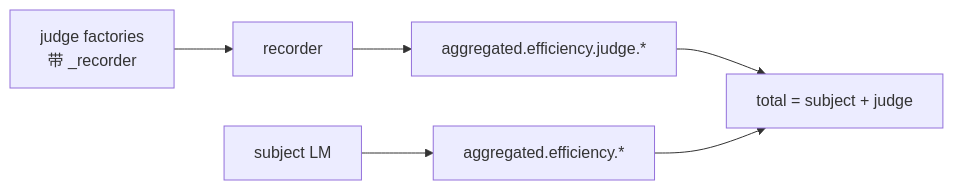
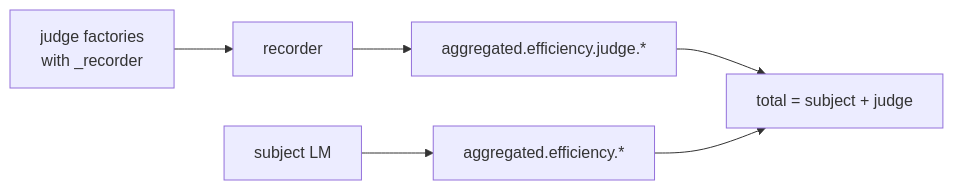
Before and after one commit to AndyUneducated/alchemy: the ninth of 10 diagrams in play/evals/DECISIONS.md, drawn with Mermaid. The commit also changed other lines of this file and 197 other files, not shown here.

````diff
--- a/play/evals/DECISIONS.md
+++ b/play/evals/DECISIONS.md
@@ -469,7 +469,7 @@
 ```mermaid
 flowchart LR
-    JF[judge factories<br/>带 _recorder] --> JR[recorder]
+    JF[judge factories<br/>with _recorder] --> JR[recorder]
     JR --> EJ[aggregated.efficiency.judge.*]
     LM[subject LM] --> SE[aggregated.efficiency.*]
     EJ & SE --> BILL[total = subject + judge]
 ```
````
